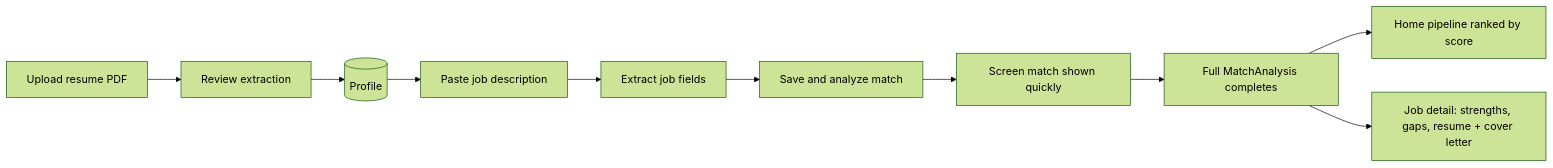
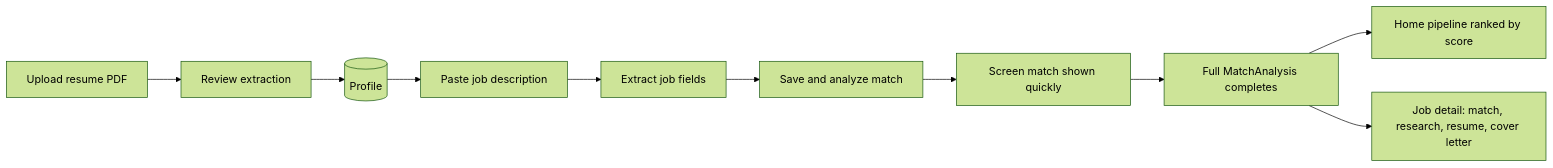
One commit to Englishpersonfaeroeislands211/ai-career-os changed the diagram in docs/project-status.md. Above: the diagram before and after it, drawn with Mermaid (forest theme). The commit also changed other lines of this file and 34 other files, not shown here.

````diff
--- a/docs/project-status.md
+++ b/docs/project-status.md
@@ -13,12 +13,12 @@
 ```mermaid
 flowchart LR
     A[Upload resume PDF] --> B[Review extraction]
     B --> C[(Profile)]
     C --> D[Paste job description]
     D --> E[Extract job fields]
     E --> F[Save and analyze match]
     F --> G[Screen match shown quickly]
     G --> H[Full MatchAnalysis completes]
     H --> I[Home pipeline ranked by score]
-    H --> J[Job detail: strengths, gaps, resume + cover letter]
+    H --> J[Job detail: match, research, resume, cover letter]
 ```
````
